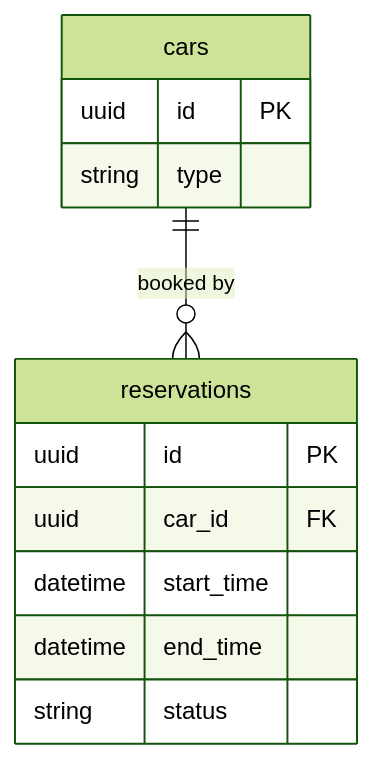
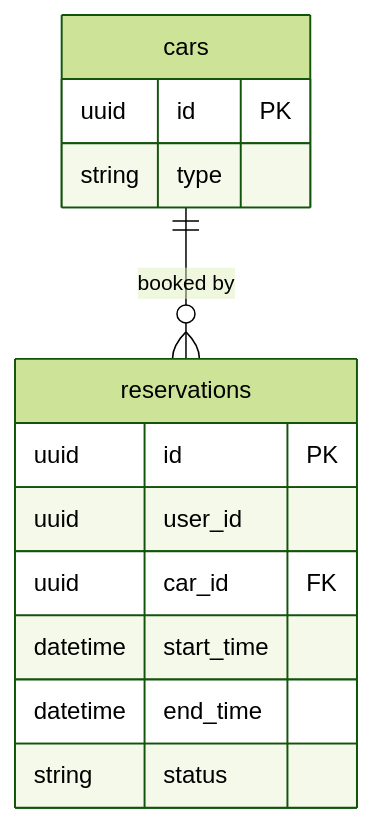
Before and after one commit to Alanyi1234/Car-Rental-System: the third of 3 diagrams in docs/tech-design.md, drawn with Mermaid (forest theme). The commit also changed other lines of this file and 4 other files, not shown here.

````diff
--- a/docs/tech-design.md
+++ b/docs/tech-design.md
@@ -380,15 +392,16 @@
 ```mermaid
 erDiagram
     cars ||--o{ reservations : "booked by"
     cars {
         uuid id PK
         string type
     }
     reservations {
         uuid id PK
+        uuid user_id
         uuid car_id FK
         datetime start_time
         datetime end_time
         string status
     }
 ```
````
